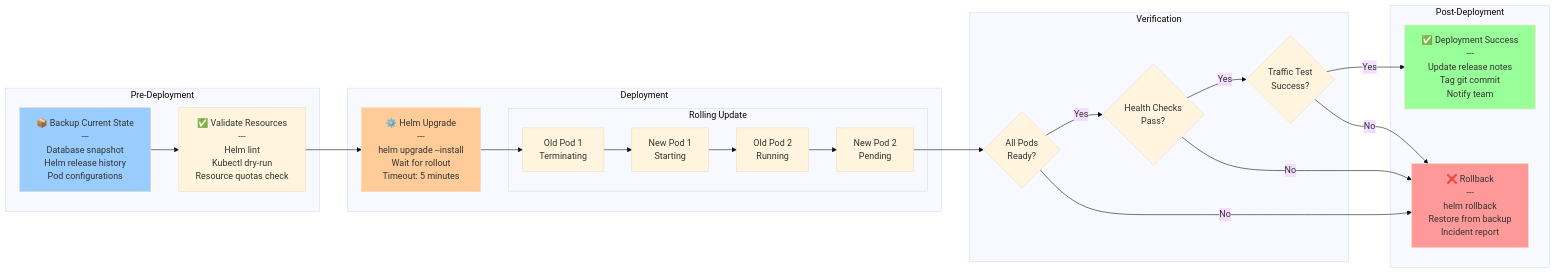
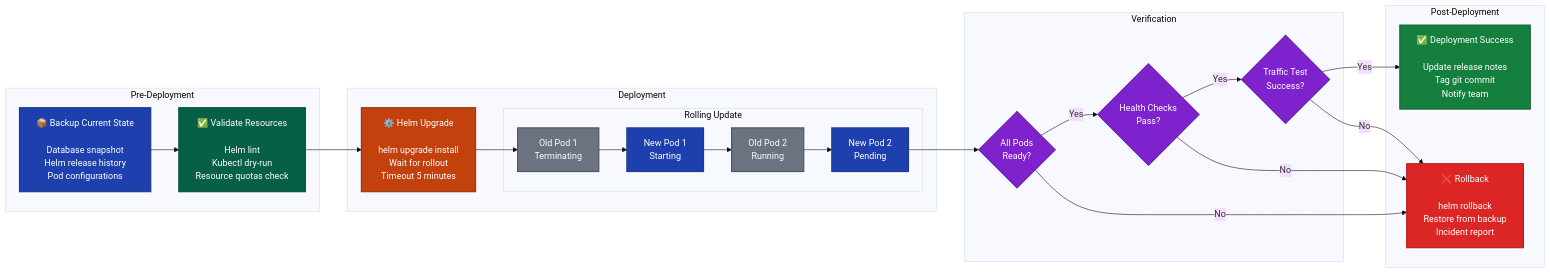
Diagram 11 of 11 in ARCHITECTURE.md (gauravumrane29/my_Hands_On_Projects), drawn with Mermaid (base theme) before and after one commit. The commit also changed other lines of this file and 1 other file, not shown here.

````diff
--- a/ARCHITECTURE.md
+++ b/ARCHITECTURE.md
@@ -655,49 +699,57 @@
 ```mermaid
 graph LR
     subgraph "Pre-Deployment"
-        Backup[📦 Backup Current State<br/>---<br/>Database snapshot<br/>Helm release history<br/>Pod configurations]
-        Validate[✅ Validate Resources<br/>---<br/>Helm lint<br/>Kubectl dry-run<br/>Resource quotas check]
+        Backup[📦 Backup Current State<br/><br/>Database snapshot<br/>Helm release history<br/>Pod configurations]
+        Validate[✅ Validate Resources<br/><br/>Helm lint<br/>Kubectl dry-run<br/>Resource quotas check]
     end
     
     subgraph "Deployment"
-        HelmUpgrade[⚙️ Helm Upgrade<br/>---<br/>helm upgrade --install<br/>Wait for rollout<br/>Timeout: 5 minutes]
+        HelmUpgrade[⚙️ Helm Upgrade<br/><br/>helm upgrade install<br/>Wait for rollout<br/>Timeout 5 minutes]
         
         subgraph "Rolling Update"
             OldPod1[Old Pod 1<br/>Terminating]
             OldPod2[Old Pod 2<br/>Running]
             NewPod1[New Pod 1<br/>Starting]
             NewPod2[New Pod 2<br/>Pending]
         end
     end
     
     subgraph "Verification"
         PodReady{All Pods<br/>Ready?}
         HealthPass{Health Checks<br/>Pass?}
         TrafficTest{Traffic Test<br/>Success?}
     end
     
     subgraph "Post-Deployment"
-        Success[✅ Deployment Success<br/>---<br/>Update release notes<br/>Tag git commit<br/>Notify team]
-        Rollback[❌ Rollback<br/>---<br/>helm rollback<br/>Restore from backup<br/>Incident report]
+        Success[✅ Deployment Success<br/><br/>Update release notes<br/>Tag git commit<br/>Notify team]
+        Rollback[❌ Rollback<br/><br/>helm rollback<br/>Restore from backup<br/>Incident report]
     end
     
     Backup --> Validate
     Validate --> HelmUpgrade
     HelmUpgrade --> OldPod1
     OldPod1 --> NewPod1
     NewPod1 --> OldPod2
     OldPod2 --> NewPod2
     NewPod2 --> PodReady
     
     PodReady -->|Yes| HealthPass
     PodReady -->|No| Rollback
     HealthPass -->|Yes| TrafficTest
     HealthPass -->|No| Rollback
     TrafficTest -->|Yes| Success
     TrafficTest -->|No| Rollback
     
-    style Backup fill:#99ccff
-    style HelmUpgrade fill:#ffcc99
-    style Success fill:#99ff99
-    style Rollback fill:#ff9999
+    style Backup fill:#1e40af,stroke:#1e3a8a,stroke-width:2px,color:#fff
+    style Validate fill:#065f46,stroke:#064e3b,stroke-width:2px,color:#fff
+    style HelmUpgrade fill:#c2410c,stroke:#9a3412,stroke-width:2px,color:#fff
+    style OldPod1 fill:#6b7280,stroke:#4b5563,stroke-width:2px,color:#fff
+    style OldPod2 fill:#6b7280,stroke:#4b5563,stroke-width:2px,color:#fff
+    style NewPod1 fill:#1e40af,stroke:#1e3a8a,stroke-width:2px,color:#fff
+    style NewPod2 fill:#1e40af,stroke:#1e3a8a,stroke-width:2px,color:#fff
+    style PodReady fill:#7e22ce,stroke:#6b21a8,stroke-width:2px,color:#fff
+    style HealthPass fill:#7e22ce,stroke:#6b21a8,stroke-width:2px,color:#fff
+    style TrafficTest fill:#7e22ce,stroke:#6b21a8,stroke-width:2px,color:#fff
+    style Success fill:#15803d,stroke:#166534,stroke-width:2px,color:#fff
+    style Rollback fill:#dc2626,stroke:#b91c1c,stroke-width:2px,color:#fff
 ```
````
